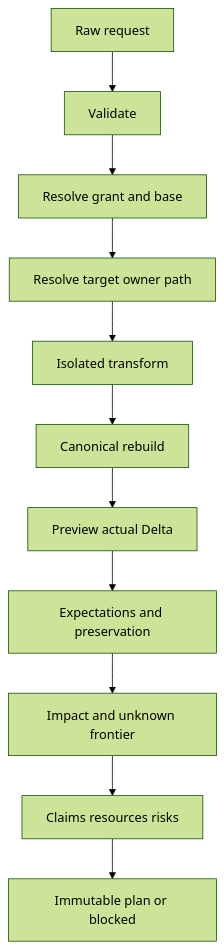
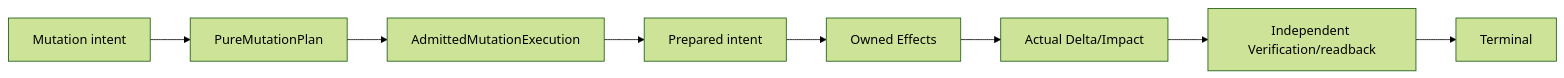
The first of 3 diagrams in docs/semantic-mutation.md (sec-platform/sec), drawn with Mermaid (forest theme) before and after one commit. The commit also changed other lines of this file, not shown here.

Commit message:
docs: make mutation root consume pure-plan and admission child contracts

````diff
--- a/docs/semantic-mutation.md
+++ b/docs/semantic-mutation.md
@@ -109,13 +40,10 @@
-~~~mermaid
-flowchart TD
-  R[Raw request] --> V[Validate]
-  V --> A[Resolve grant and base]
-  A --> T[Resolve target owner path]
-  T --> X[Isolated transform]
-  X --> B[Canonical rebuild]
-  B --> D[Preview actual Delta]
-  D --> C[Expectations and preservation]
-  C --> I[Impact and unknown frontier]
-  I --> Q[Claims resources risks]
-  Q --> P[Immutable plan or blocked]
-~~~
+```mermaid
+flowchart LR
+  I[Mutation intent] --> P[PureMutationPlan]
+  P --> A[AdmittedMutationExecution]
+  A --> J[Prepared intent]
+  J --> E[Owned Effects]
+  E --> D[Actual Delta/Impact]
+  D --> V[Independent Verification/readback]
+  V --> T[Terminal]
+```
````
